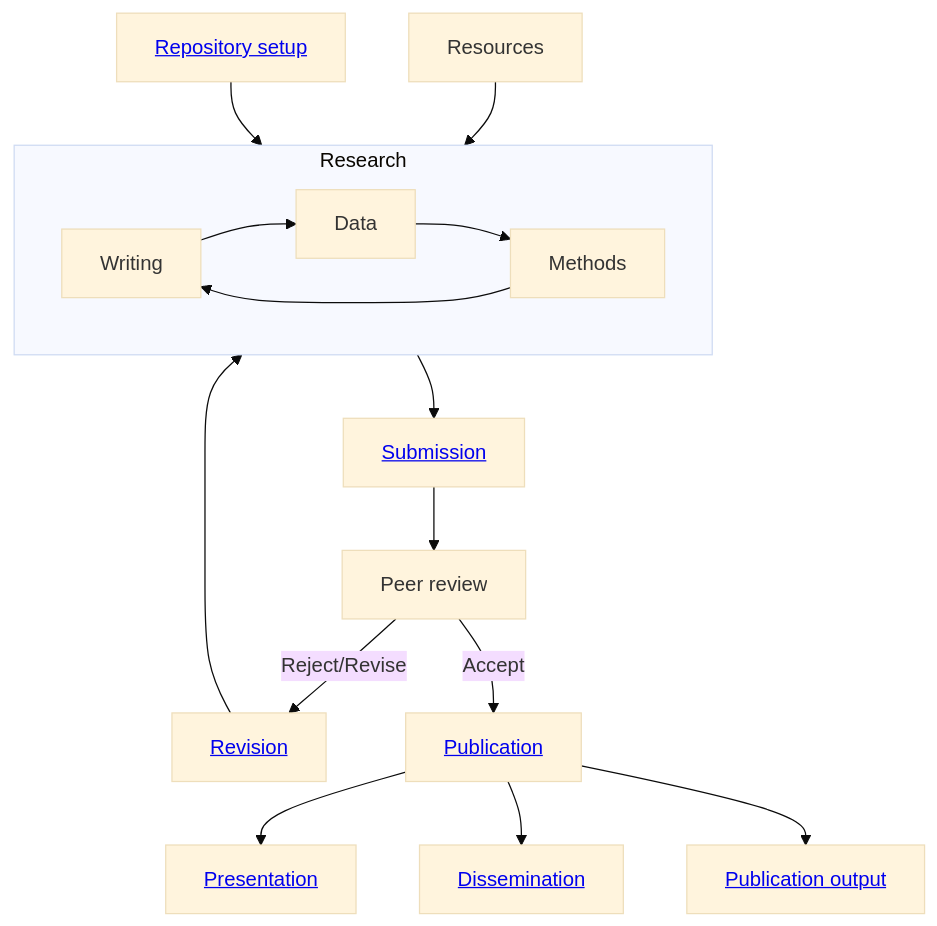
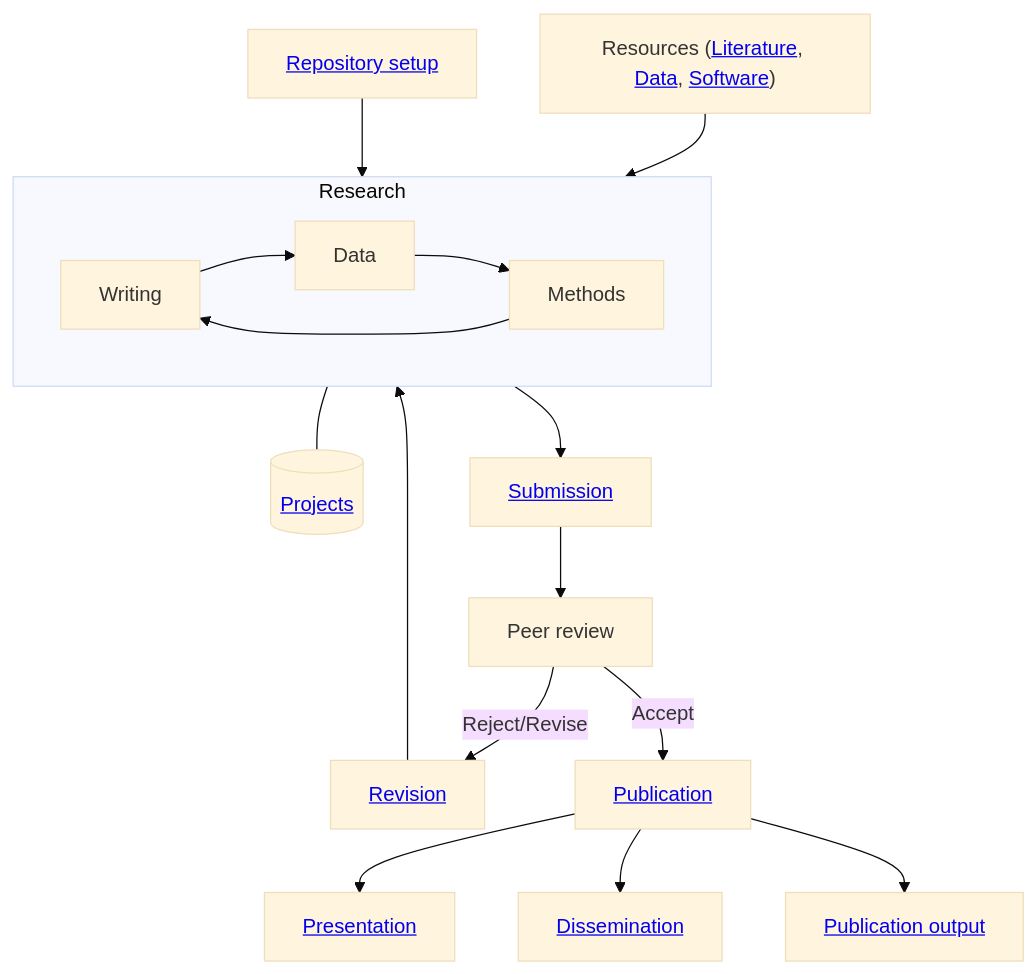
Before and after one commit to digital-work-lab/handbook: the diagram in docs/20-research/20_processes/20.02.sop.md, drawn with Mermaid (base theme). The commit also changed other lines of this file, not shown here.

````diff
--- a/docs/20-research/20_processes/20.02.sop.md
+++ b/docs/20-research/20_processes/20.02.sop.md
@@ -15,21 +15,25 @@
 ```mermaid
 flowchart TB
 
     subgraph Research
         Writing --> Data
         Methods --> Writing
         Data --> Methods
     end
 
-    B[Resources] --> Research
-    A["<a href='20.20.paper-templates.html#setup'>Repository setup</a>"] --> Research
-    Research --> D["<a href='20.30.pre-submission.html'>Submission</a>"]
-    D --> E[Peer review]
-    E -->|Reject/Revise| F["<a href='20.32.revision.html'>Revision</a>"]
-    F --> Research
+    Projects[("<a href='../25-projects.html'>Projects</a>")]
+    Research --- Projects
+
+    Resources["Resources (<a href='../22-literature.html'>Literature</a>, <a href='../23-data.html'>Data</a>, <a href='../24-software.html'>Software</a>)"] --> Research
+    Setup["<a href='20.20.paper-templates.html#setup'>Repository setup</a>"] --> Research
+    Research --> Submission["<a href='20.30.pre-submission.html'>Submission</a>"]
+    Submission --> Review[Peer review]
+    Review -->|Reject/Revise| Revise["<a href='20.32.revision.html'>Revision</a>"]
+    Revise --> Research
     
-    E -->|Accept| G["<a href='20.33.publication.html'>Publication</a>"]
-    G --> H["<a href='20.28.presentation.html'>Presentation</a>"]
-    G --> I["<a href='20.34.dissemination.html'>Dissemination</a>"]
-    G --> J["<a href='../29-publications.html'>Publication output</a>"]
+    Review -->|Accept| Publication["<a href='20.33.publication.html'>Publication</a>"]
+    Publication --> Presentation["<a href='20.28.presentation.html'>Presentation</a>"]
+    Publication --> Dissemination["<a href='20.34.dissemination.html'>Dissemination</a>"]
+    Publication --> PublicationOutput["<a href='../29-publications.html'>Publication output</a>"]
+
 ```
````
